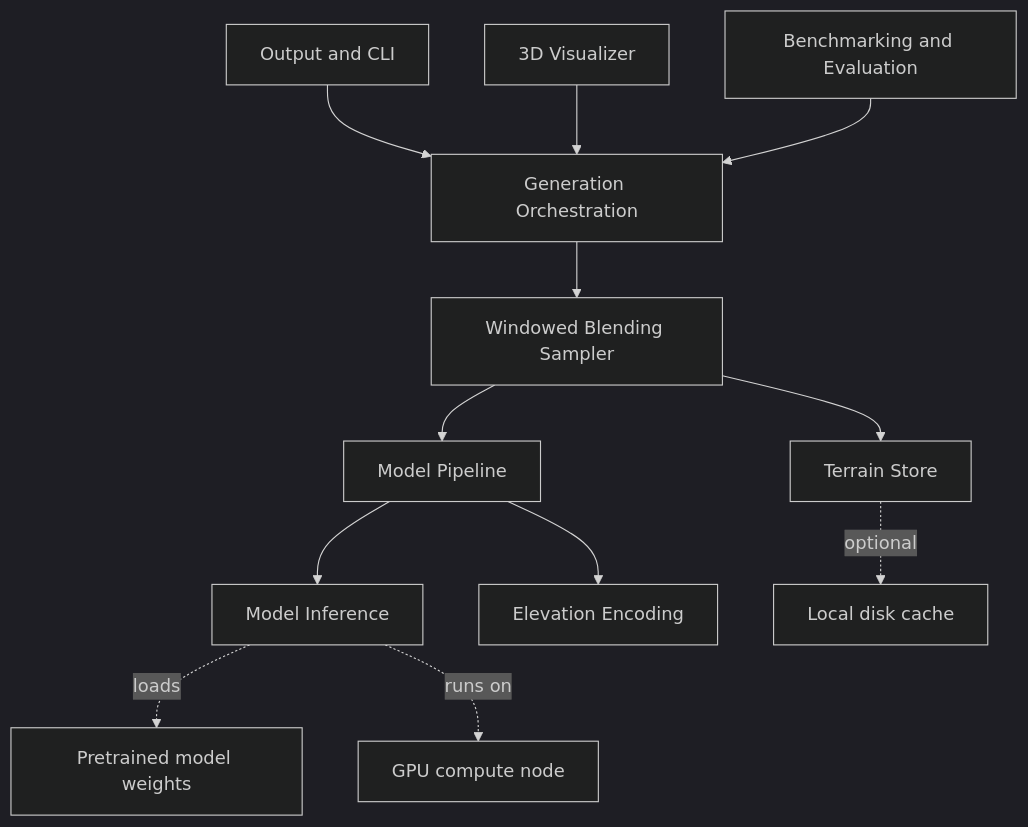
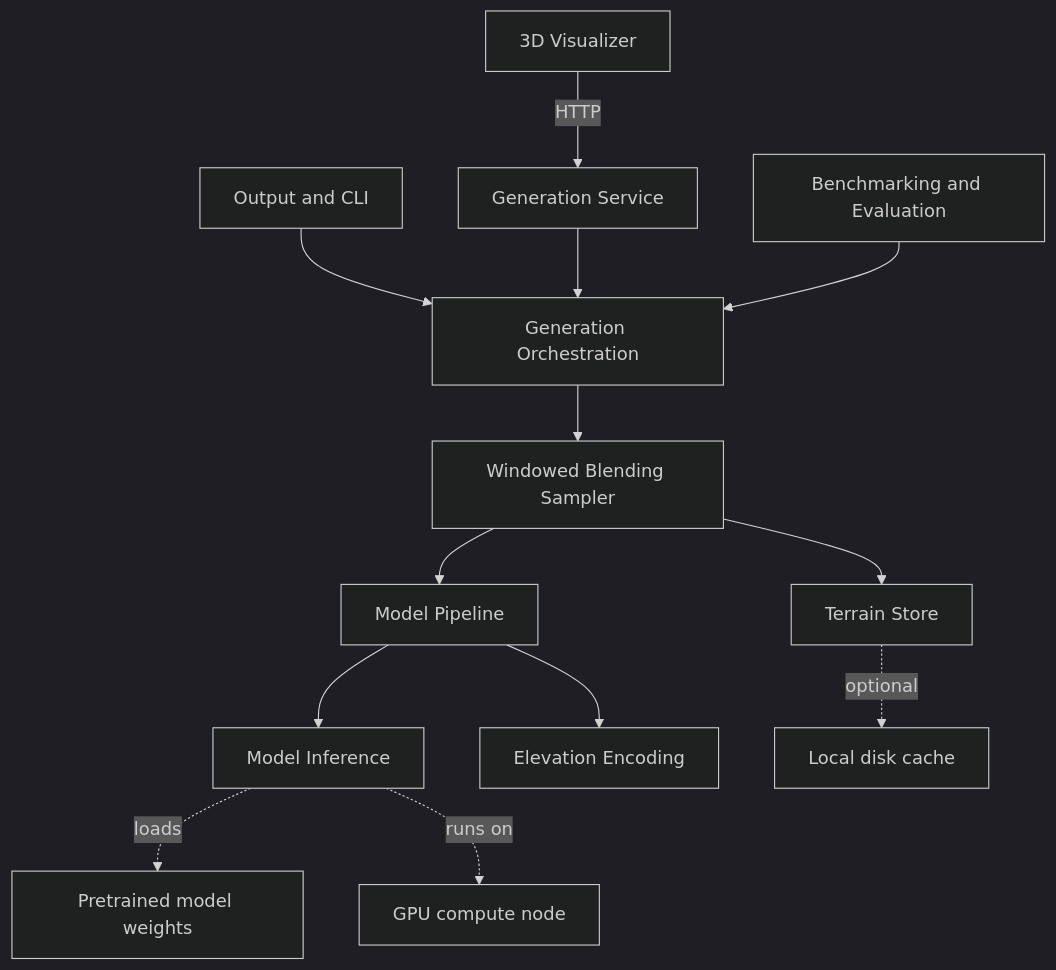
One commit to cssu/terrain-diffusion changed the diagram in README.md. Above: the diagram before and after it, drawn with Mermaid (dark theme). The commit also changed other lines of this file and 6 other files, not shown here.

````diff
--- a/README.md
+++ b/README.md
@@ -35,14 +33,15 @@
 ```mermaid
 graph TD
   CLI["Output and CLI"] --> ORCH["Generation Orchestration"]
-  VIZ["3D Visualizer"] --> ORCH
+  VIZ["3D Visualizer"] -->|HTTP| API["Generation Service"]
+  API --> ORCH
   ORCH --> SAMP["Windowed Blending Sampler"]
   SAMP --> PIPE["Model Pipeline"]
   SAMP --> STORE["Terrain Store"]
   PIPE --> MODEL["Model Inference"]
   PIPE --> ENC["Elevation Encoding"]
   BENCH["Benchmarking and Evaluation"] --> ORCH
   MODEL -. loads .-> WEIGHTS["Pretrained model weights"]
   MODEL -. runs on .-> GPU["GPU compute node"]
   STORE -. optional .-> DISK["Local disk cache"]
 ```
````
